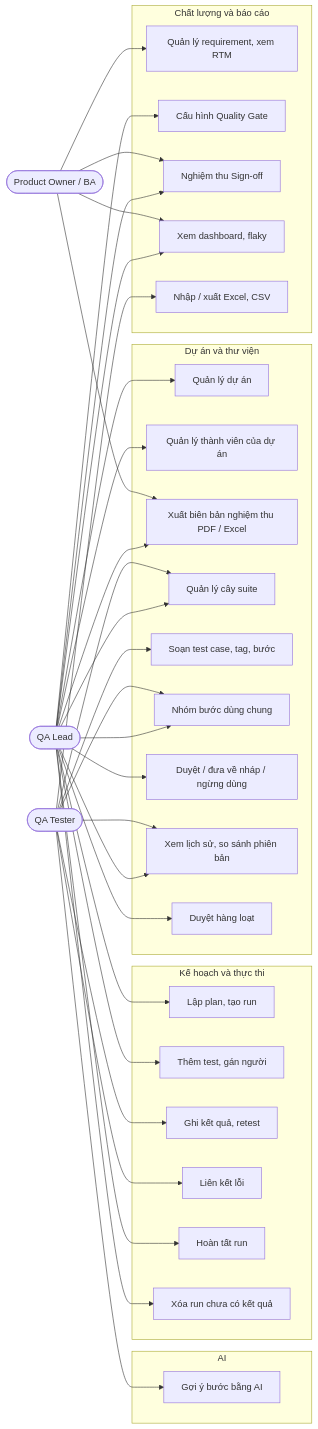
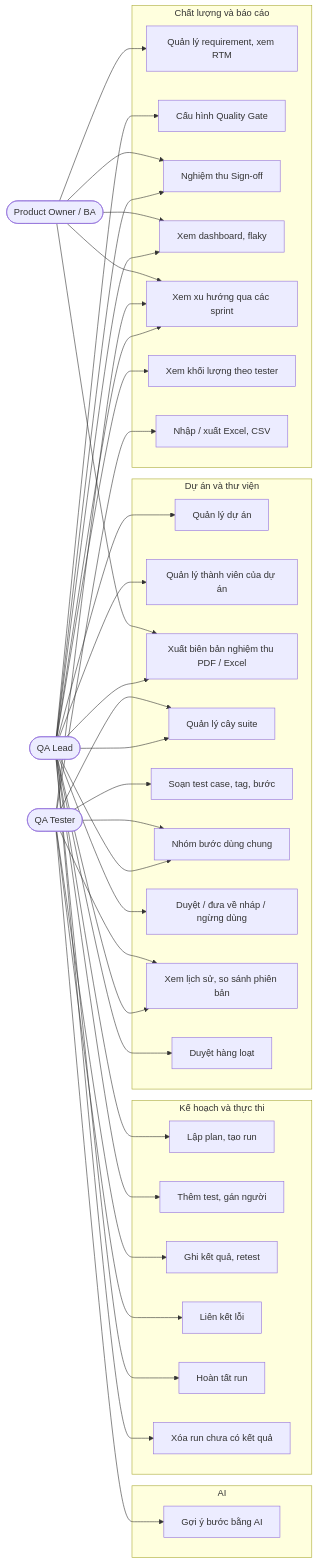
Before and after one commit to Huyit2k5/testcase_manager: diagram 19 of 21 in BUSINESS_ANALYSIS_TEST_CASE_MANAGEMENT.md, drawn with Mermaid. The commit also changed other lines of this file and 36 other files, not shown here.

````diff
--- a/BUSINESS_ANALYSIS_TEST_CASE_MANAGEMENT.md
+++ b/BUSINESS_ANALYSIS_TEST_CASE_MANAGEMENT.md
@@ -602,40 +603,42 @@
 ```mermaid
 flowchart LR
     QL(["QA Lead"])
     QT(["QA Tester"])
     PO(["Product Owner / BA"])
 
     subgraph PRJ["Dự án và thư viện"]
         U1["Quản lý dự án"]
         U20["Quản lý thành viên của dự án"]
         U21["Xuất biên bản nghiệm thu PDF / Excel"]
         U2["Quản lý cây suite"]
         U3["Soạn test case, tag, bước"]
         U4["Nhóm bước dùng chung"]
         U5["Duyệt / đưa về nháp / ngừng dùng"]
         U17["Xem lịch sử, so sánh phiên bản"]
         U19["Duyệt hàng loạt"]
     end
     subgraph EXE["Kế hoạch và thực thi"]
         U6["Lập plan, tạo run"]
         U7["Thêm test, gán người"]
         U8["Ghi kết quả, retest"]
         U9["Liên kết lỗi"]
         U10["Hoàn tất run"]
         U18["Xóa run chưa có kết quả"]
     end
     subgraph QUA["Chất lượng và báo cáo"]
         U11["Quản lý requirement, xem RTM"]
         U12["Cấu hình Quality Gate"]
         U13["Nghiệm thu Sign-off"]
         U14["Xem dashboard, flaky"]
+        U22["Xem xu hướng qua các sprint"]
+        U23["Xem khối lượng theo tester"]
         U15["Nhập / xuất Excel, CSV"]
     end
     subgraph AUT["AI"]
         U16["Gợi ý bước bằng AI"]
     end
 
-    QL --> U1 & U2 & U4 & U5 & U6 & U7 & U10 & U12 & U13 & U14 & U17 & U18 & U19 & U20 & U21
-    QT --> U2 & U3 & U4 & U8 & U9 & U15 & U16 & U17
-    PO --> U11 & U13 & U14 & U21
+    QL --> U1 & U2 & U4 & U5 & U6 & U7 & U10 & U12 & U13 & U14 & U17 & U18 & U19 & U20 & U21 & U22 & U23
+    QT --> U2 & U3 & U4 & U8 & U9 & U15 & U16 & U17 & U22
+    PO --> U11 & U13 & U14 & U21 & U22
 ```
````
